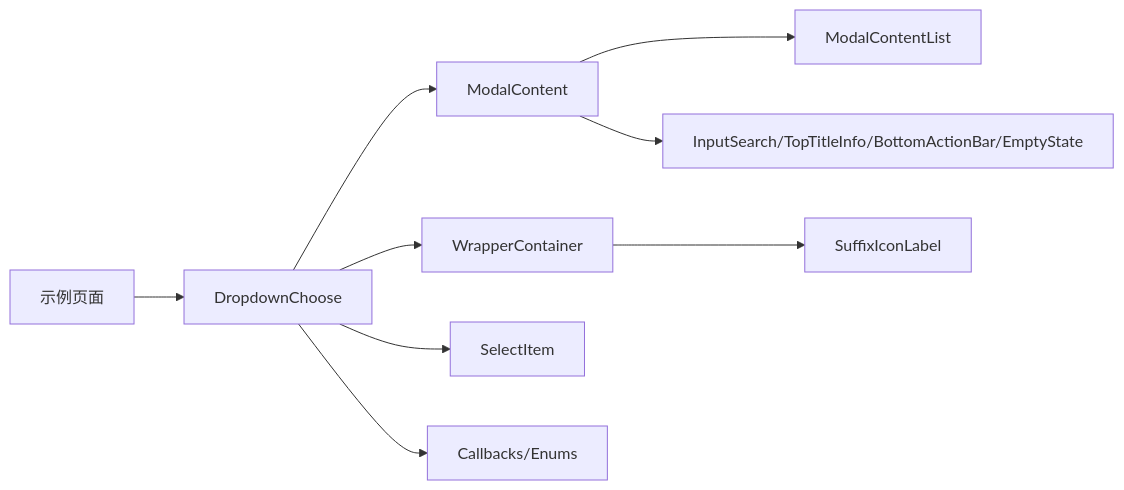
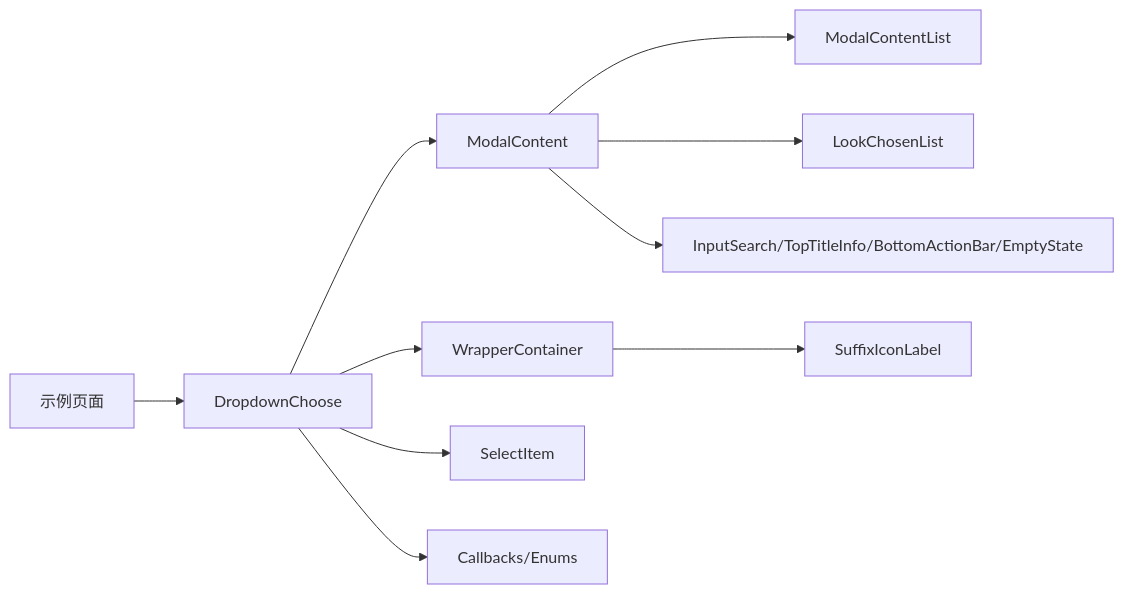
Before and after one commit to yuzhido/lite-ui: the sixth of 6 diagrams in .qoder/repowiki/zh/content/高级组件/下拉选择器.md, drawn with Mermaid. The commit also changed other lines of this file and 25 other files, not shown here.

````diff
--- a/.qoder/repowiki/zh/content/高级组件/下拉选择器.md
+++ b/.qoder/repowiki/zh/content/高级组件/下拉选择器.md
@@ -356,11 +343,12 @@
 ```mermaid
 graph LR
-DC["DropdownChoose"] --> SM["ModalContent"]
+DC["DropdownChoose"] --> MC["ModalContent"]
 DC --> W["WrapperContainer"]
 W --> SIL["SuffixIconLabel"]
 DC --> SI["SelectItem"]
 DC --> CB["Callbacks/Enums"]
-SM --> SL["ModalContentList"]
-SM --> UI["InputSearch/TopTitleInfo/BottomActionBar/EmptyState"]
+MC --> MCL["ModalContentList"]
+MC --> LCL["LookChosenList"]
+MC --> UI["InputSearch/TopTitleInfo/BottomActionBar/EmptyState"]
 Example["示例页面"] --> DC
 ```
````
